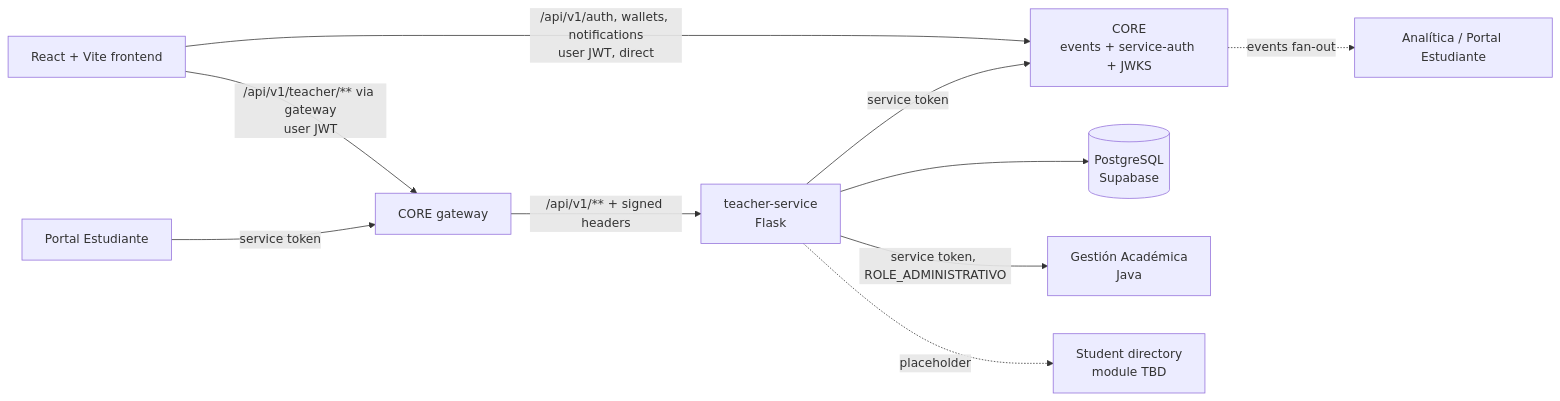
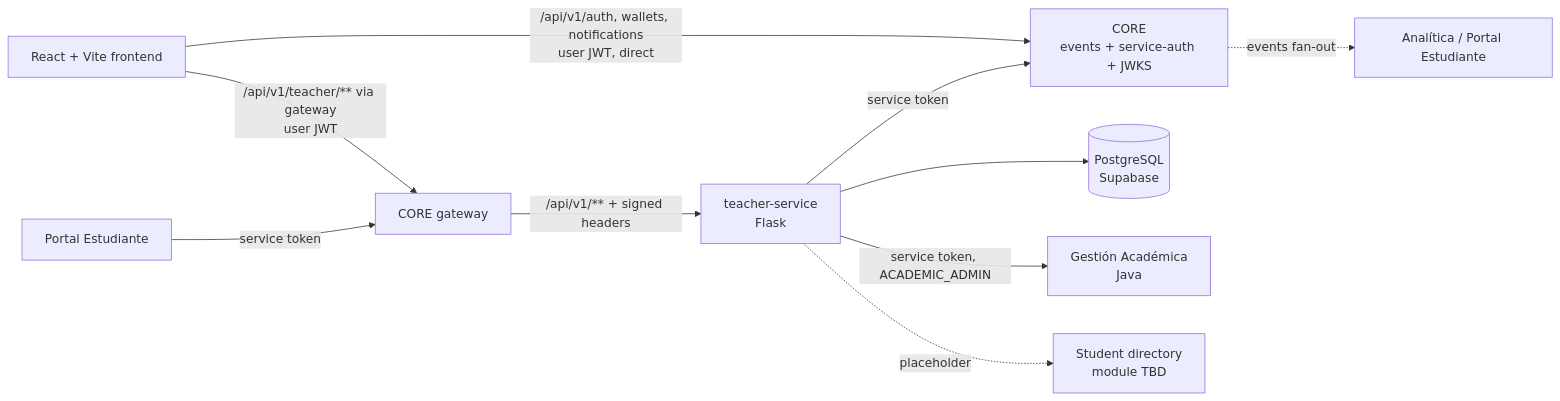
One commit to maitenatali/DesarrolloAplicacionesII changed the diagram in backend/docs/BACKEND_DESIGN.md. Above: the diagram before and after it, drawn with Mermaid. The commit also changed other lines of this file and 81 other files, not shown here.

````diff
--- a/backend/docs/BACKEND_DESIGN.md
+++ b/backend/docs/BACKEND_DESIGN.md
@@ -107,12 +136,12 @@
 ```mermaid
 flowchart LR
   FE[React + Vite frontend] -->|/api/v1/auth, wallets, notifications<br/>user JWT, direct| CORE
   FE -->|/api/v1/teacher/** via gateway<br/>user JWT| GW[CORE gateway]
   GW -->|/api/v1/** + signed headers| TS[teacher-service<br/>Flask]
   TS --> DB[(PostgreSQL<br/>Supabase)]
-  TS -->|service token, ROLE_ADMINISTRATIVO| GA[Gestión Académica<br/>Java]
+  TS -->|service token, ACADEMIC_ADMIN| GA[Gestión Académica<br/>Java]
   TS -->|service token| CORE[CORE<br/>events + service-auth + JWKS]
   TS -.->|placeholder| SD[Student directory<br/>module TBD]
   SP[Portal Estudiante] -->|service token| GW
   CORE -.->|events fan-out| AN[Analítica / Portal Estudiante]
 ```
````
